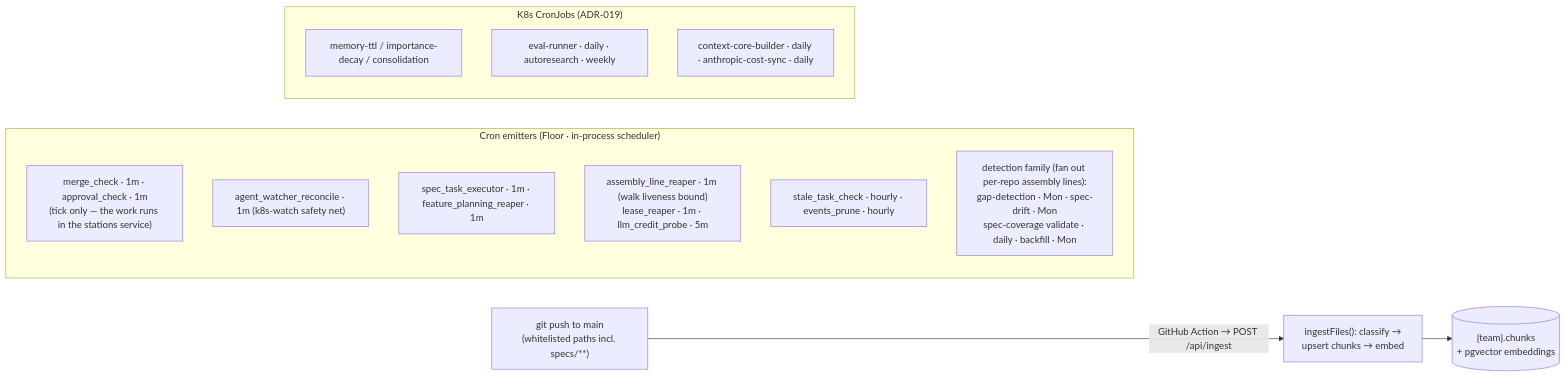
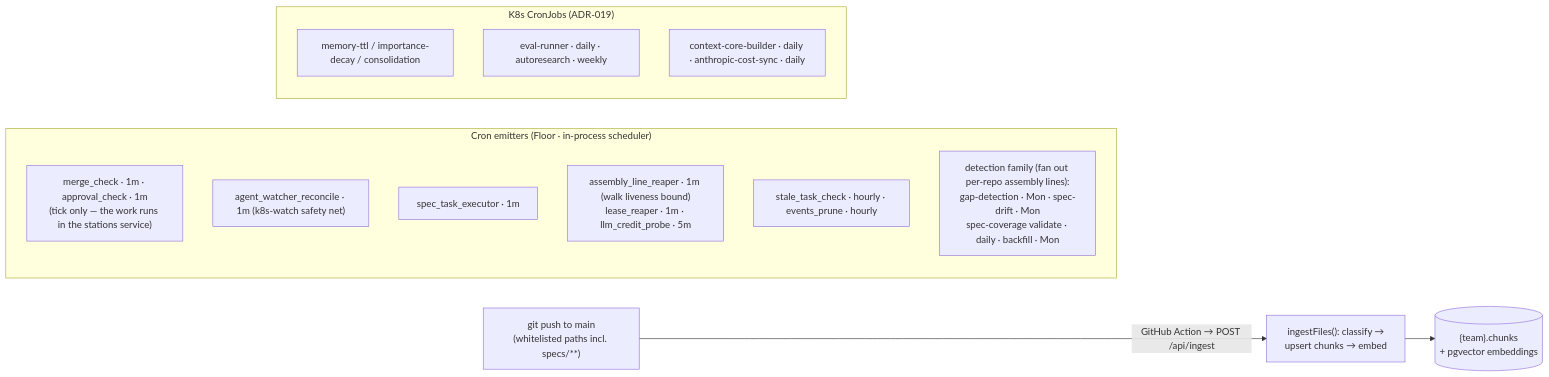
One commit to re-cinq/lore changed the second of 2 diagrams in docs/building-lore/architecture.md. Above: the diagram before and after it, drawn with Mermaid. The commit also changed 243 other files, not shown here.

````diff
--- a/docs/building-lore/architecture.md
+++ b/docs/building-lore/architecture.md
@@ -47,22 +47,22 @@
 ```mermaid
 flowchart LR
     subgraph inproc["Cron emitters (Floor · in-process scheduler)"]
         direction TB
         J1["merge_check · 1m · approval_check · 1m<br/>(tick only — the work runs in the stations service)"]
         J4["agent_watcher_reconcile · 1m (k8s-watch safety net)"]
-        J5["spec_task_executor · 1m · feature_planning_reaper · 1m"]
+        J5["spec_task_executor · 1m"]
         J8["assembly_line_reaper · 1m (walk liveness bound)<br/>lease_reaper · 1m · llm_credit_probe · 5m"]
         J6["stale_task_check · hourly · events_prune · hourly"]
         J7["detection family (fan out per-repo assembly lines):<br/>gap-detection · Mon · spec-drift · Mon<br/>spec-coverage validate · daily · backfill · Mon"]
     end
 
     subgraph k8scron["K8s CronJobs (ADR-019)"]
         direction TB
         C5["memory-ttl / importance-decay / consolidation"]
         C6["eval-runner · daily · autoresearch · weekly"]
         C7["context-core-builder · daily · anthropic-cost-sync · daily"]
     end
 
     PUSH["git push to main<br/>(whitelisted paths incl. specs/**)"] -->|"GitHub Action → POST /api/ingest"| ING["ingestFiles(): classify →<br/>upsert chunks → embed"]
     ING --> DB[("{team}.chunks<br/>+ pgvector embeddings")]
 ```
````
